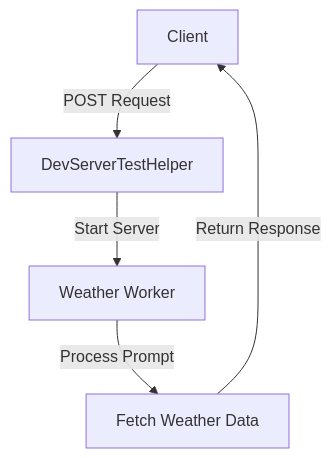
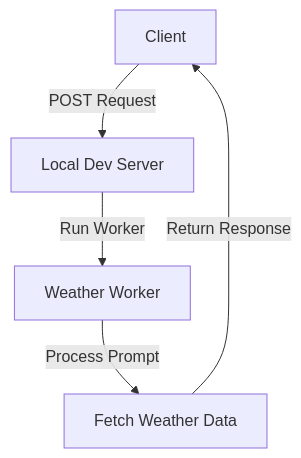
One commit to fork-the-planet/ai changed the diagram in demos/tool-calling/README.md. Above: the diagram before and after it, drawn with Mermaid. The commit also changed other lines of this file and 132 other files, not shown here.

````diff
--- a/demos/tool-calling/README.md
+++ b/demos/tool-calling/README.md
@@ -35,7 +35,7 @@
 ```mermaid
 graph TD;
-    A[Client] -->|POST Request| B[DevServerTestHelper]
-    B -->|Start Server| C[Weather Worker]
+    A[Client] -->|POST Request| B[Local Dev Server]
+    B -->|Run Worker| C[Weather Worker]
     C -->|Process Prompt| D[Fetch Weather Data]
     D -->|Return Response| A
 ```
````
